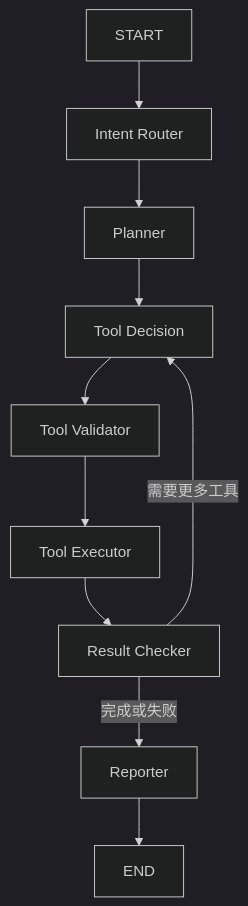
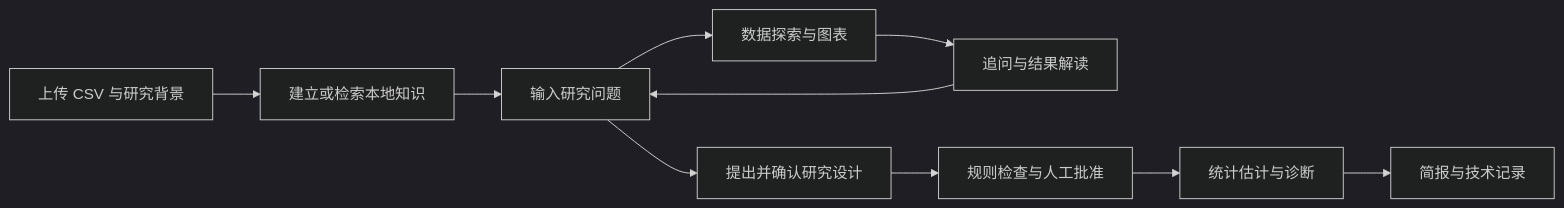
One commit to shanyinduo-glitch/causalens-agent changed the first of 2 diagrams in README.md. Above: the diagram before and after it, drawn with Mermaid (dark theme). The commit also changed other lines of this file and 1 other file, not shown here.

````diff
--- a/README.md
+++ b/README.md
@@ -707,14 +25,12 @@
 ```mermaid
-flowchart TD
-    A[START] --> B[Intent Router]
-    B --> C[Planner]
-    C --> D[Tool Decision]
-    D --> E[Tool Validator]
-    E --> F[Tool Executor]
-    F --> G[Result Checker]
-
-    G -->|需要更多工具| D
-    G -->|完成或失败| H[Reporter]
-
-    H --> I[END]
+flowchart LR
+    A[上传 CSV 与研究背景] --> B[建立或检索本地知识]
+    B --> C[输入研究问题]
+    C --> D[数据探索与图表]
+    D --> E[追问与结果解读]
+    E --> C
+    C --> F[提出并确认研究设计]
+    F --> G[规则检查与人工批准]
+    G --> H[统计估计与诊断]
+    H --> I[简报与技术记录]
 ```
````
